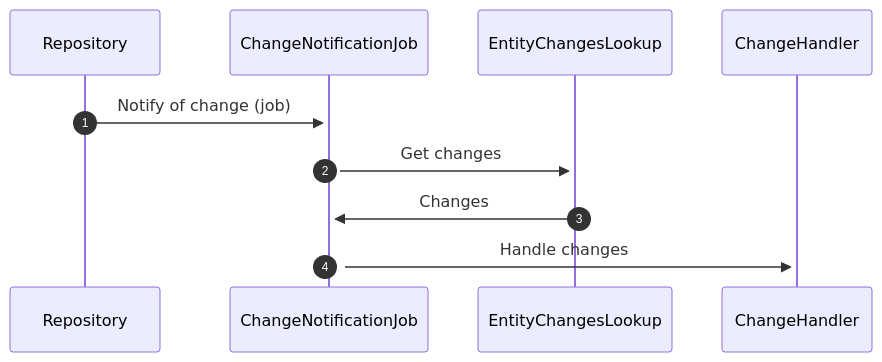
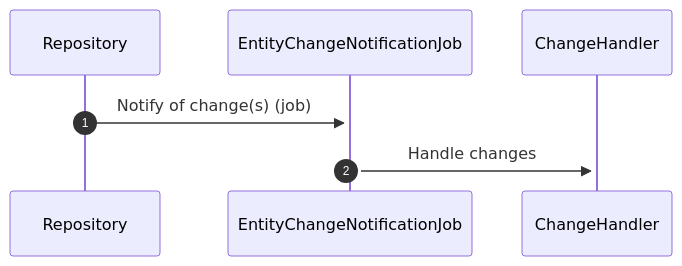
Before and after one commit to wmde/wikidata-wikibase-architecture: the fourth of 7 diagrams in systems/Client/06-Runtime_View.md, drawn with Mermaid. The commit also changed 4 other files, not shown here.

````diff
--- a/systems/Client/06-Runtime_View.md
+++ b/systems/Client/06-Runtime_View.md
@@ -73,10 +73,8 @@
 ```mermaid
 sequenceDiagram
     autonumber
     participant Repository
-    participant ChangeNotificationJob
-    Repository->>+ChangeNotificationJob: Notify of change (job)
-    ChangeNotificationJob->>+EntityChangesLookup: Get changes
-    EntityChangesLookup->>+ChangeNotificationJob: Changes
-    ChangeNotificationJob->>+ChangeHandler: Handle changes
+    participant EntityChangeNotificationJob
+    Repository->>+EntityChangeNotificationJob: Notify of change(s) (job)
+    EntityChangeNotificationJob->>+ChangeHandler: Handle changes
 ```
````
